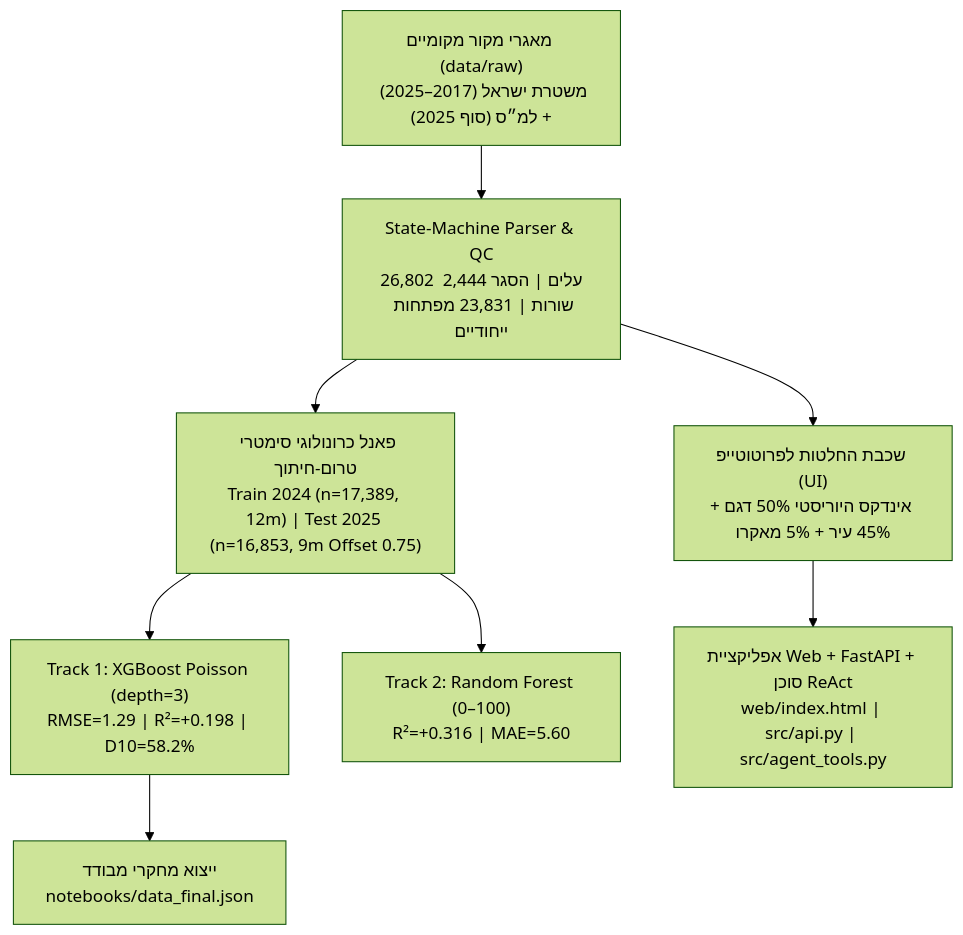
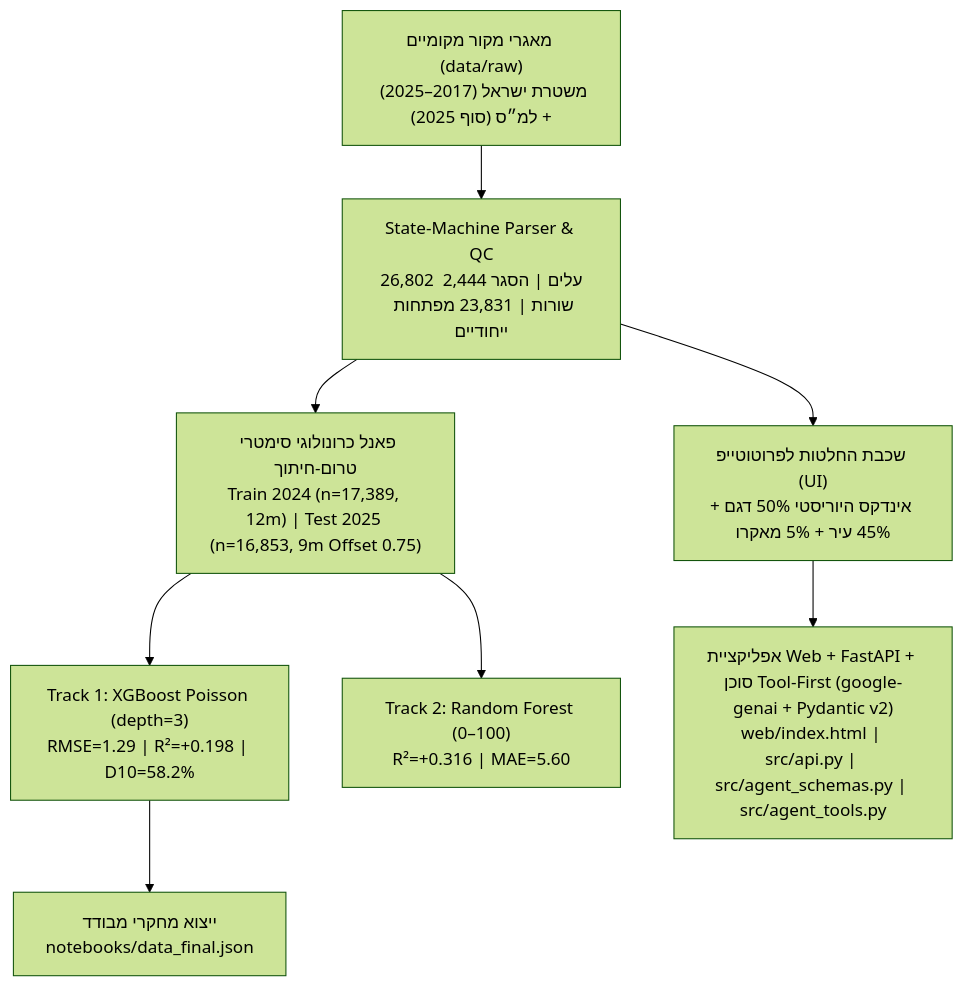
One commit to micmicmi/stolen-vehicles-risk-ai changed the diagram in README.md. Above: the diagram before and after it, drawn with Mermaid (forest theme). The commit also changed other lines of this file and 10 other files, not shown here.

````diff
--- a/README.md
+++ b/README.md
@@ -32,10 +32,10 @@
 ```mermaid
 flowchart TD
     A["מאגרי מקור מקומיים (data/raw)\nמשטרת ישראל (2017–2025) + למ״ס (סוף 2025)"] --> B["State-Machine Parser & QC\n26,802 עלים | הסגר 2,444 שורות | 23,831 מפתחות ייחודיים"]
     B --> C["פאנל כרונולוגי סימטרי טרום-חיתוך\nTrain 2024 (n=17,389, 12m) | Test 2025 (n=16,853, 9m Offset 0.75)"]
     C --> D["Track 1: XGBoost Poisson (depth=3)\nRMSE=1.29 | R²=+0.198 | D10=58.2%"]
     C --> E["Track 2: Random Forest (0–100)\nR²=+0.316 | MAE=5.60"]
     B --> F["שכבת החלטות לפרוטוטייפ (UI)\nאינדקס היוריסטי 50% דגם + 45% עיר + 5% מאקרו"]
     D --> G["ייצוא מחקרי מבודד\nnotebooks/data_final.json"]
-    F --> H["אפליקציית Web + FastAPI + סוכן ReAct\nweb/index.html | src/api.py | src/agent_tools.py"]
+    F --> H["אפליקציית Web + FastAPI + סוכן Tool-First (google-genai + Pydantic v2)\nweb/index.html | src/api.py | src/agent_schemas.py | src/agent_tools.py"]
 ```
````
